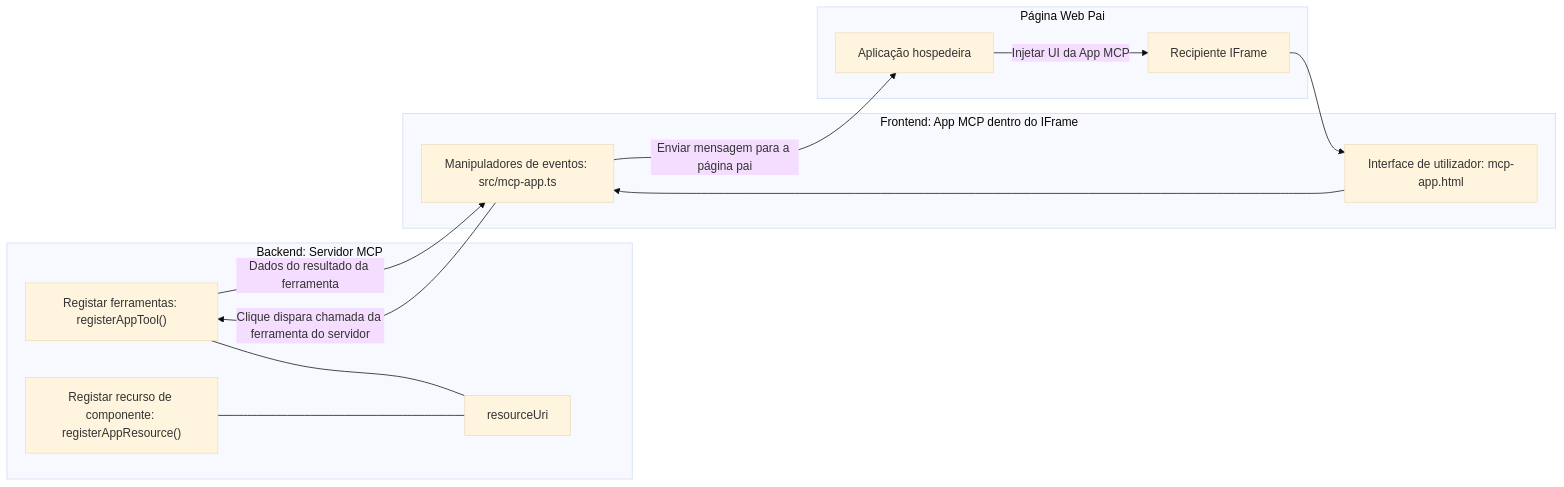
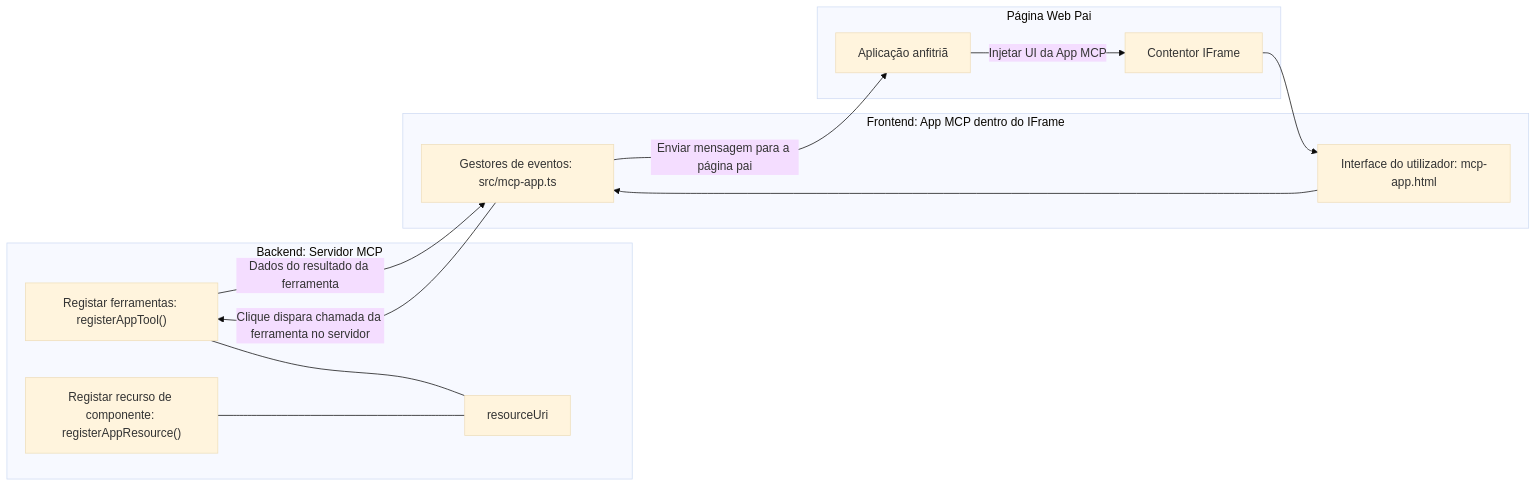
The diagram in mcp_ecosystem__model_context_protocol/mcp_learning_resources/mcp-for-beginners/translations/pt-PT/03-GettingStarted/15-mcp-apps/README.md (HIDORAKAI002/ai-workspace-archive), drawn with Mermaid (base theme) before and after one commit. The commit also changed other lines of this file and 1160 other files, not shown here.

````diff
--- a/mcp_ecosystem__model_context_protocol/mcp_learning_resources/mcp-for-beginners/translations/pt-PT/03-GettingStarted/15-mcp-apps/README.md
+++ b/mcp_ecosystem__model_context_protocol/mcp_learning_resources/mcp-for-beginners/translations/pt-PT/03-GettingStarted/15-mcp-apps/README.md
@@ -32,27 +32,27 @@
 ```mermaid
 flowchart LR
   subgraph Backend[Backend: Servidor MCP]
     T["Registar ferramentas: registerAppTool()"]
     C["Registar recurso de componente: registerAppResource()"]
     U[resourceUri]
     T --- U
     C --- U
   end
 
   subgraph Parent[Página Web Pai]
-    H[Aplicação hospedeira]
-    IFRAME[Recipiente IFrame]
+    H[Aplicação anfitriã]
+    IFRAME[Contentor IFrame]
     H -->|Injetar UI da App MCP| IFRAME
   end
 
   subgraph Frontend[Frontend: App MCP dentro do IFrame]
-    UI["Interface de utilizador: mcp-app.html"]
-    EH["Manipuladores de eventos: src/mcp-app.ts"]
+    UI["Interface do utilizador: mcp-app.html"]
+    EH["Gestores de eventos: src/mcp-app.ts"]
     UI --> EH
   end
 
   IFRAME --> UI
-  EH -->|Clique dispara chamada da ferramenta do servidor| T
+  EH -->|Clique dispara chamada da ferramenta no servidor| T
   T -->|Dados do resultado da ferramenta| EH
   EH -->|Enviar mensagem para a página pai| H
 ```
````
